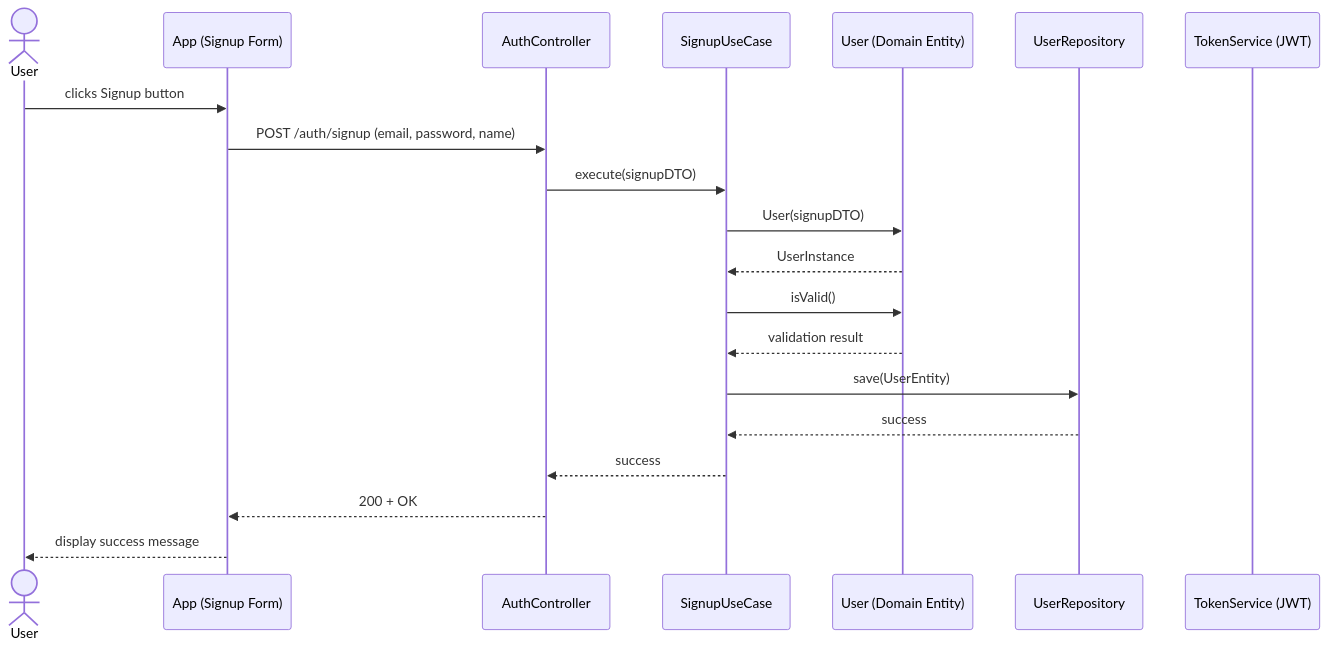
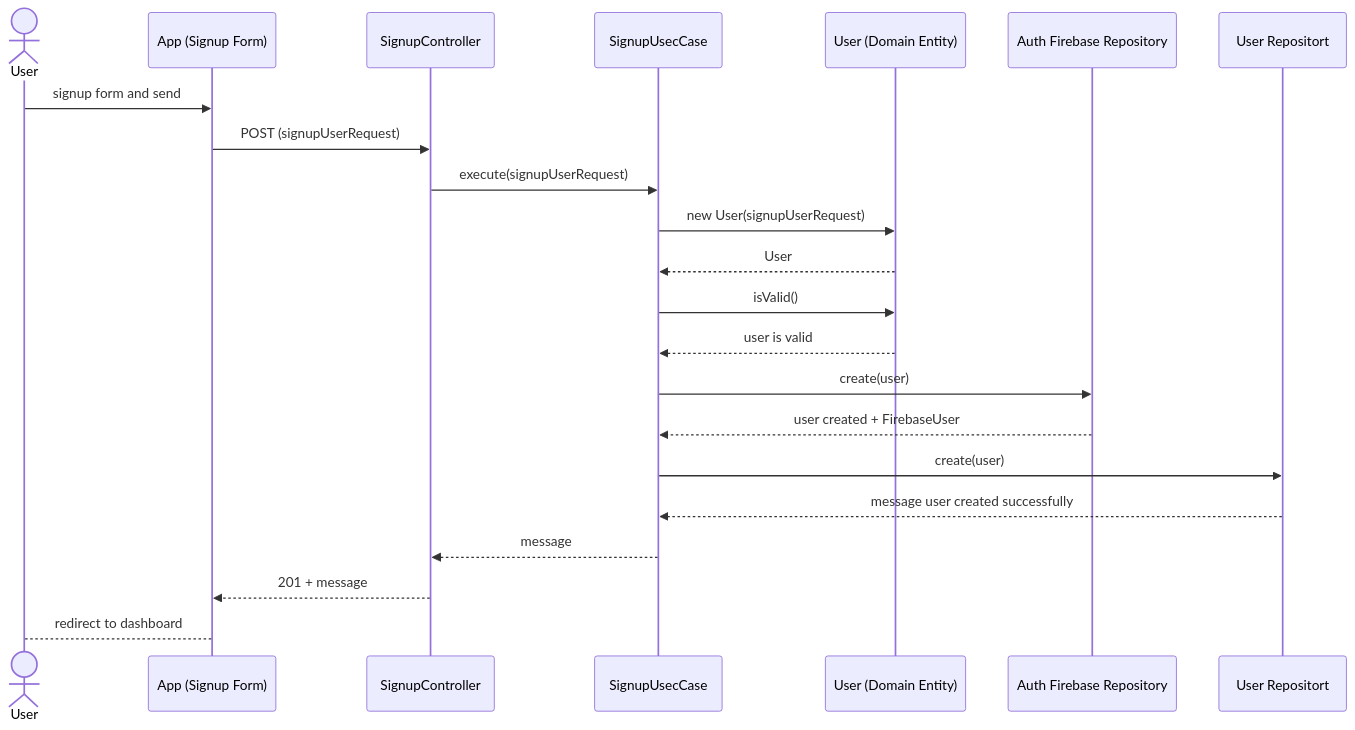
One commit to Lenninssp/Cannin-Tickets changed the third of 4 diagrams in docs/auth.md. Above: the diagram before and after it, drawn with Mermaid. The commit also changed 15 other files, not shown here.

Commit message:
User repository connected with user sign up

````diff
--- a/docs/auth.md
+++ b/docs/auth.md
@@ -52,23 +52,25 @@
 ```mermaid
 sequenceDiagram
   actor User
   participant UI as App (Signup Form)
-  participant Controller as AuthController
-  participant UseCase as SignupUseCase
+  participant Controller as SignupController
+  participant UseCase as SignupUsecCase
   participant UserEntity as User (Domain Entity)
-  participant UserRepo as UserRepository
-  participant TokenService as TokenService (JWT)
+  participant AuthRepo as Auth Firebase Repository
+  participant UserRepo as User Repositort
 
-  User->>UI: clicks Signup button
-  UI->>Controller: POST /auth/signup (email, password, name)
-  Controller->>UseCase: execute(signupDTO)
-  UseCase->>UserEntity: User(signupDTO)
-  UserEntity-->>UseCase: UserInstance
+  User->>UI: signup form and send
+  UI->>Controller: POST (signupUserRequest)
+  Controller->>UseCase: execute(signupUserRequest)
+  UseCase->>UserEntity: new User(signupUserRequest)
+  UserEntity-->>UseCase: User
   UseCase->>UserEntity: isValid()
-  UserEntity-->>UseCase: validation result
-  UseCase->>UserRepo: save(UserEntity)
-  UserRepo-->>UseCase: success
-  UseCase-->>Controller: success
-  Controller-->>UI: 200 + OK
-  UI-->>User: display success message
+  UserEntity-->>UseCase: user is valid
+  UseCase->>AuthRepo: create(user)
+  AuthRepo-->>UseCase: user created + FirebaseUser
+  UseCase->>UserRepo: create(user)
+  UserRepo-->>UseCase: message user created successfully
+  UseCase-->>Controller: message
+  Controller-->>UI: 201 + message
+  UI-->User: redirect to dashboard
 ```
````
